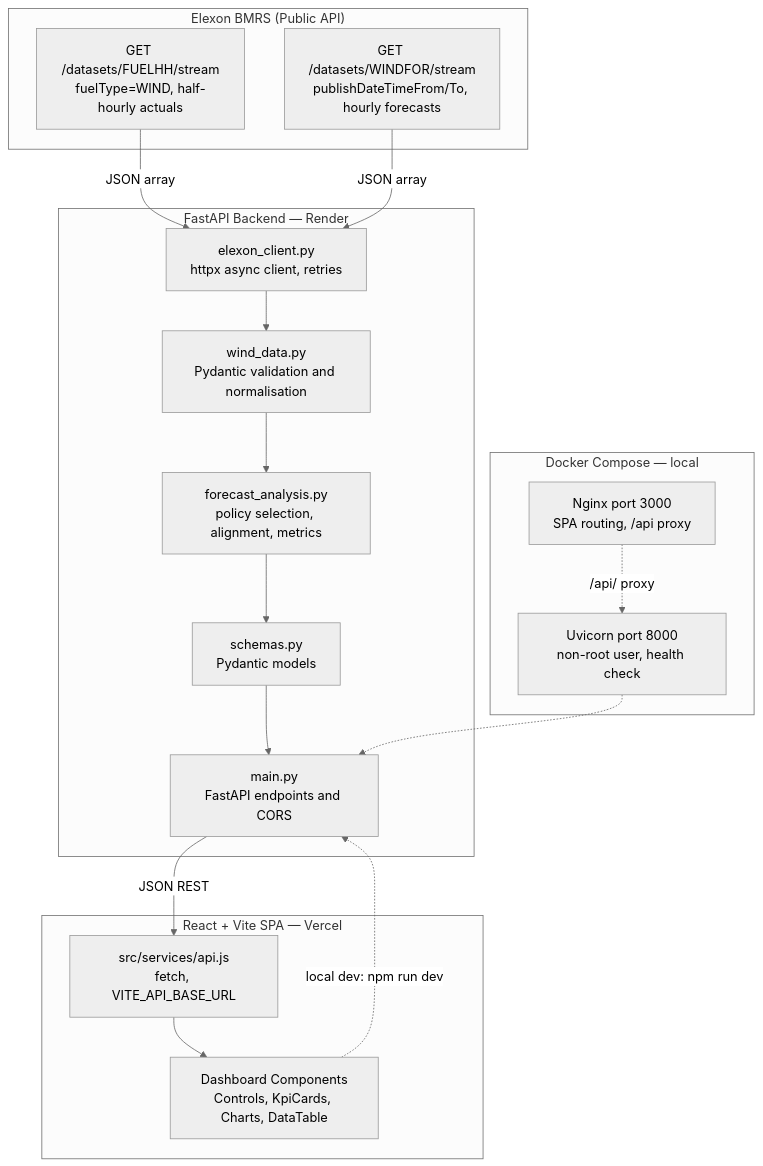
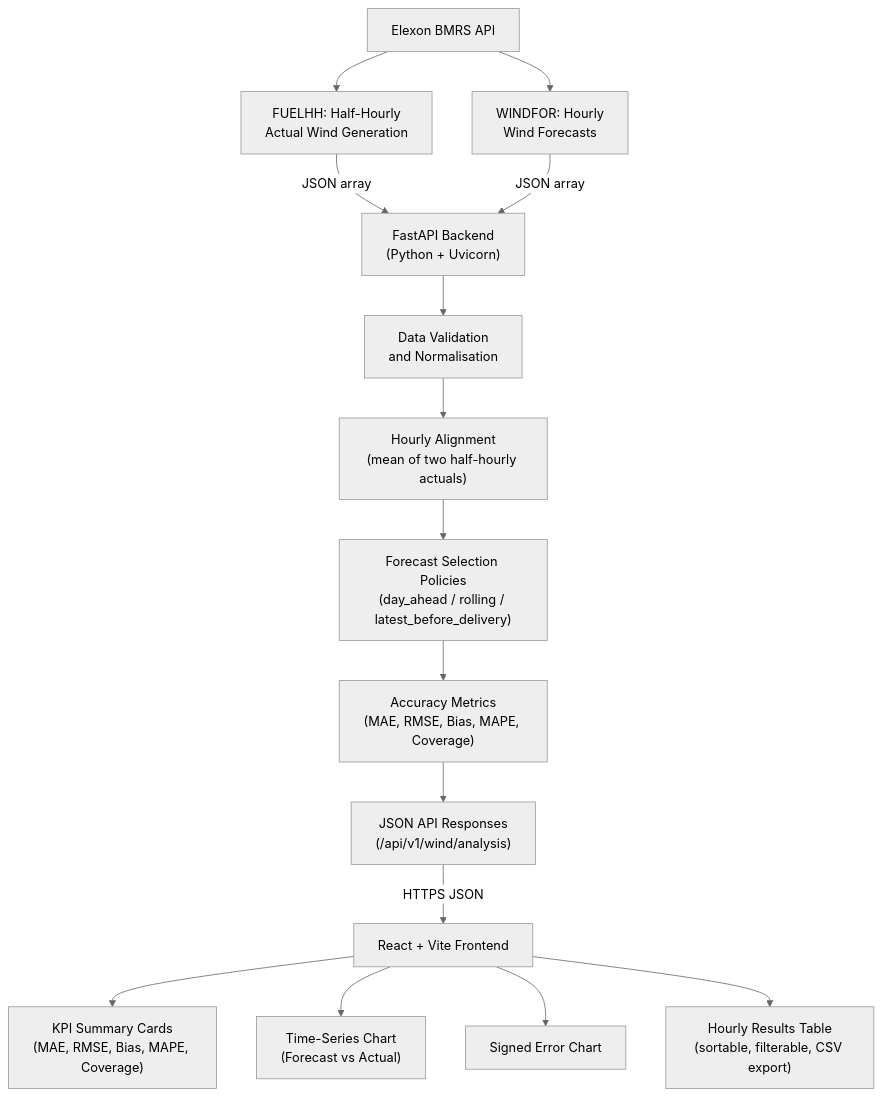
One commit to Hemanshu004/UK-Wind-Intelligence changed the first of 2 diagrams in README.md. Above: the diagram before and after it, drawn with Mermaid (neutral theme). The commit also changed other lines of this file, not shown here.

Commit message:
docs: fix quick links and add architecture diagrams

````diff
--- a/README.md
+++ b/README.md
@@ -253,36 +252,34 @@
 ```mermaid
 flowchart TD
-    subgraph External["Elexon BMRS (Public API)"]
-        FUELHH["GET /datasets/FUELHH/stream\nfuelType=WIND, half-hourly actuals"]
-        WINDFOR["GET /datasets/WINDFOR/stream\npublishDateTimeFrom/To, hourly forecasts"]
-    end
+    A["Elexon BMRS API"]
+    A1["FUELHH: Half-Hourly\nActual Wind Generation"]
+    A2["WINDFOR: Hourly\nWind Forecasts"]
 
-    subgraph Backend["FastAPI Backend — Render"]
-        ElexonClient["elexon_client.py\nhttpx async client, retries"]
-        WindData["wind_data.py\nPydantic validation and normalisation"]
-        ForecastAnalysis["forecast_analysis.py\npolicy selection, alignment, metrics"]
-        Schemas["schemas.py\nPydantic models"]
-        MainAPI["main.py\nFastAPI endpoints and CORS"]
-    end
+    B["FastAPI Backend\n(Python + Uvicorn)"]
+    C["Data Validation\nand Normalisation"]
+    D["Hourly Alignment\n(mean of two half-hourly actuals)"]
+    E["Forecast Selection Policies\n(day_ahead / rolling / latest_before_delivery)"]
+    F["Accuracy Metrics\n(MAE, RMSE, Bias, MAPE, Coverage)"]
+    G["JSON API Responses\n(/api/v1/wind/analysis)"]
 
-    subgraph Frontend["React + Vite SPA — Vercel"]
-        APIClient["src/services/api.js\nfetch, VITE_API_BASE_URL"]
-        Dashboard["Dashboard Components\nControls, KpiCards, Charts, DataTable"]
-    end
+    H["React + Vite Frontend"]
+    I["KPI Summary Cards\n(MAE, RMSE, Bias, MAPE, Coverage)"]
+    J["Time-Series Chart\n(Forecast vs Actual)"]
+    K["Signed Error Chart"]
+    L["Hourly Results Table\n(sortable, filterable, CSV export)"]
 
-    subgraph DockerLocal["Docker Compose — local"]
-        Nginx["Nginx port 3000\nSPA routing, /api proxy"]
-        Uvicorn["Uvicorn port 8000\nnon-root user, health check"]
-    end
-
-    FUELHH -->|JSON array| ElexonClient
-    WINDFOR -->|JSON array| ElexonClient
-    ElexonClient --> WindData --> ForecastAnalysis
-    ForecastAnalysis --> Schemas --> MainAPI
-    MainAPI -->|JSON REST| APIClient
-    APIClient --> Dashboard
-
-    Dashboard -.->|"local dev: npm run dev"| MainAPI
-    Nginx -.->|"/api/ proxy"| Uvicorn
-    Uvicorn -.-> MainAPI
+    A --> A1
+    A --> A2
+    A1 -->|"JSON array"| B
+    A2 -->|"JSON array"| B
+    B --> C
+    C --> D
+    D --> E
+    E --> F
+    F --> G
+    G -->|"HTTPS JSON"| H
+    H --> I
+    H --> J
+    H --> K
+    H --> L
 ```
````
